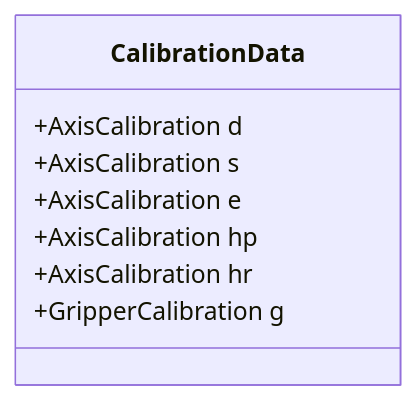
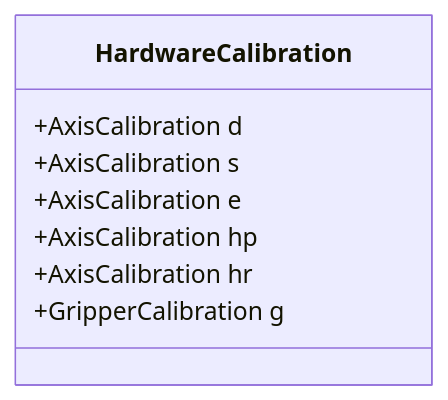
Before and after one commit to butz1999/inverse_kinematik: the eighth of 11 diagrams in sw/software.md, drawn with Mermaid. The commit also changed other lines of this file, not shown here.

````diff
--- a/sw/software.md
+++ b/sw/software.md
@@ -291,11 +350,11 @@
 ```mermaid
 classDiagram
-    class CalibrationData {
+    class HardwareCalibration {
         +AxisCalibration d
         +AxisCalibration s
         +AxisCalibration e
         +AxisCalibration hp
         +AxisCalibration hr
         +GripperCalibration g
     }
 ```
````
